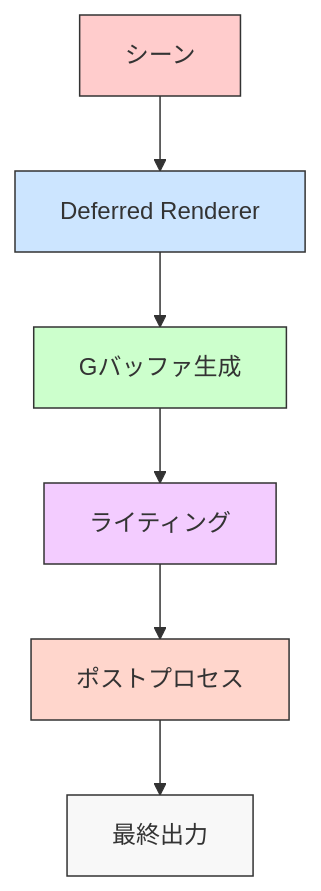
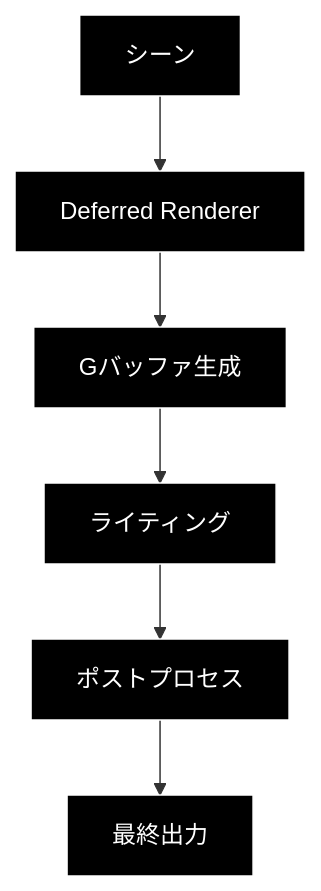
The second of 2 diagrams in docs/architecture/core.md (ukonpower/OREngine), drawn with Mermaid before and after one commit. The commit also changed 5 other files, not shown here.

Commit message:
docs: switch diagrams to dark theme

````diff
--- a/docs/architecture/core.md
+++ b/docs/architecture/core.md
@@ -158,15 +158,15 @@
 ```mermaid
 flowchart TB
     Scene[シーン] --> DR[Deferred Renderer]
     DR --> GBuf[Gバッファ生成]
     GBuf --> Light[ライティング]
     Light --> PP[ポストプロセス]
     PP --> Out[最終出力]
 
-    style Scene fill:#ffcccc,stroke:#333
-    style DR fill:#cce5ff,stroke:#333
-    style GBuf fill:#ccffcc,stroke:#333
-    style Light fill:#f3ccff,stroke:#333
-    style PP fill:#ffd6cc,stroke:#333
-    style Out fill:#f8f8f8,stroke:#333
+    style Scene fill:#000,stroke:#fff,color:#fff
+    style DR fill:#000,stroke:#fff,color:#fff
+    style GBuf fill:#000,stroke:#fff,color:#fff
+    style Light fill:#000,stroke:#fff,color:#fff
+    style PP fill:#000,stroke:#fff,color:#fff
+    style Out fill:#000,stroke:#fff,color:#fff
 ```
````
